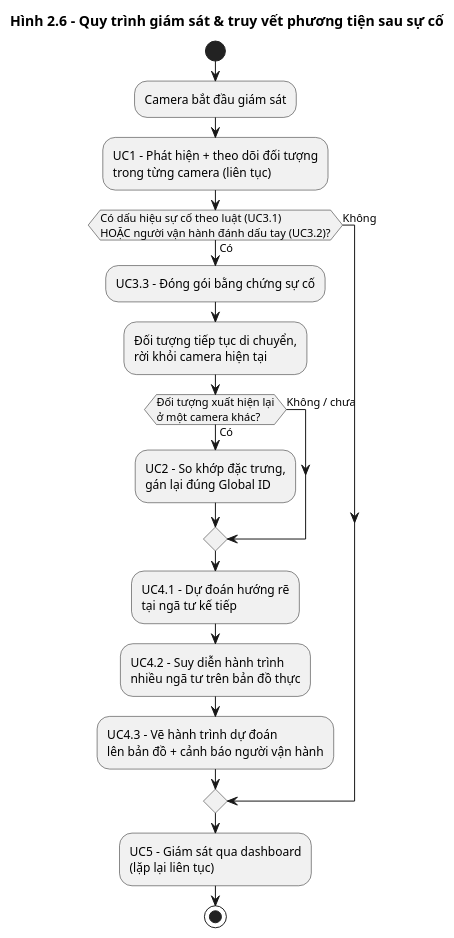
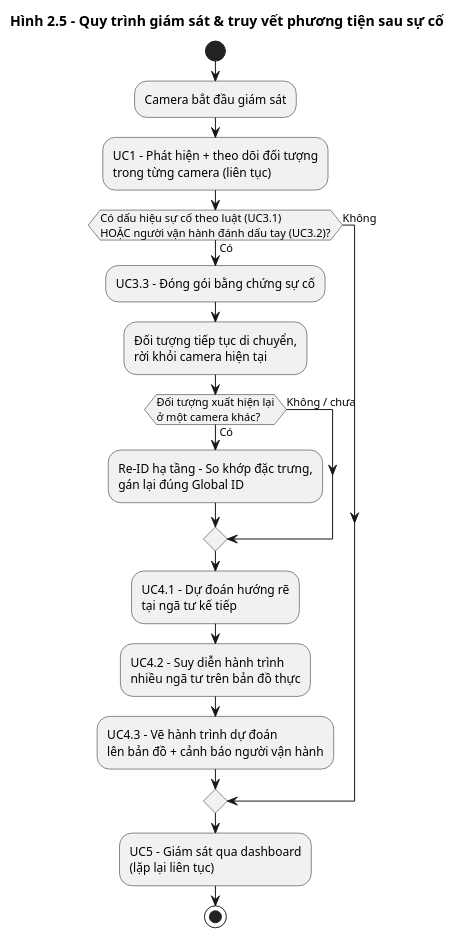
One commit to KumaMichio/finalproject changed the diagram in component_for_final/uml/06_activity_quy_trinh_truy_vet.puml. Above: the diagram before and after it, drawn with PlantUML. The commit also changed 52 other files, not shown here.

Commit message:
update docs and graphs

```diff
--- a/component_for_final/uml/06_activity_quy_trinh_truy_vet.puml
+++ b/component_for_final/uml/06_activity_quy_trinh_truy_vet.puml
@@ -1,25 +1,25 @@
 @startuml activity_quy_trinh_truy_vet
-' Hình 2.6 - Biểu đồ hoạt động: Quy trình giám sát & truy vết phương tiện sau sự cố
+' Hình 2.5 - Biểu đồ hoạt động: Quy trình giám sát & truy vết phương tiện sau sự cố
 skinparam shadowing false
-title Hình 2.6 - Quy trình giám sát & truy vết phương tiện sau sự cố
+title Hình 2.5 - Quy trình giám sát & truy vết phương tiện sau sự cố
 
 start
 :Camera bắt đầu giám sát;
 :UC1 - Phát hiện + theo dõi đối tượng\ntrong từng camera (liên tục);
 
 if (Có dấu hiệu sự cố theo luật (UC3.1)\nHOẶC người vận hành đánh dấu tay (UC3.2)?) then (Có)
   :UC3.3 - Đóng gói bằng chứng sự cố;
   :Đối tượng tiếp tục di chuyển,\nrời khỏi camera hiện tại;
   if (Đối tượng xuất hiện lại\nở một camera khác?) then (Có)
-    :UC2 - So khớp đặc trưng,\ngán lại đúng Global ID;
+    :Re-ID hạ tầng - So khớp đặc trưng,\ngán lại đúng Global ID;
   else (Không / chưa)
   endif
   :UC4.1 - Dự đoán hướng rẽ\ntại ngã tư kế tiếp;
   :UC4.2 - Suy diễn hành trình\nnhiều ngã tư trên bản đồ thực;
   :UC4.3 - Vẽ hành trình dự đoán\nlên bản đồ + cảnh báo người vận hành;
 else (Không)
 endif
 
 :UC5 - Giám sát qua dashboard\n(lặp lại liên tục);
 stop
 @enduml
```
